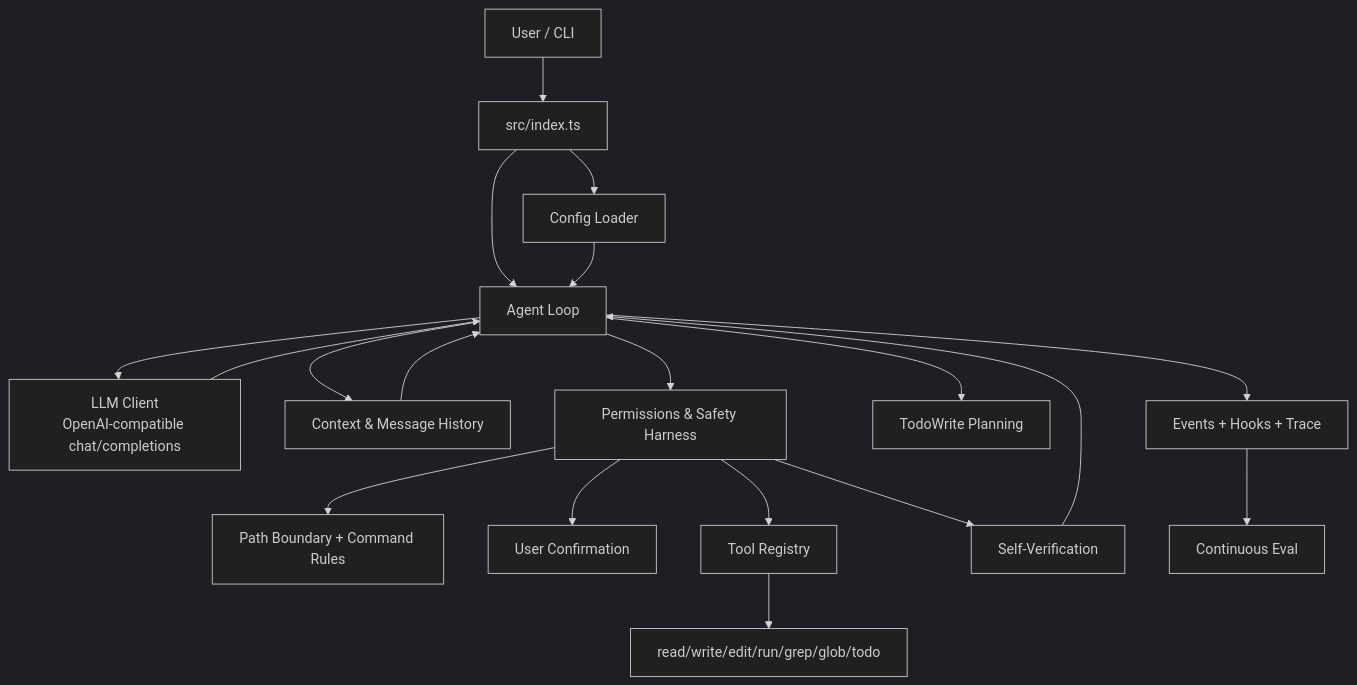
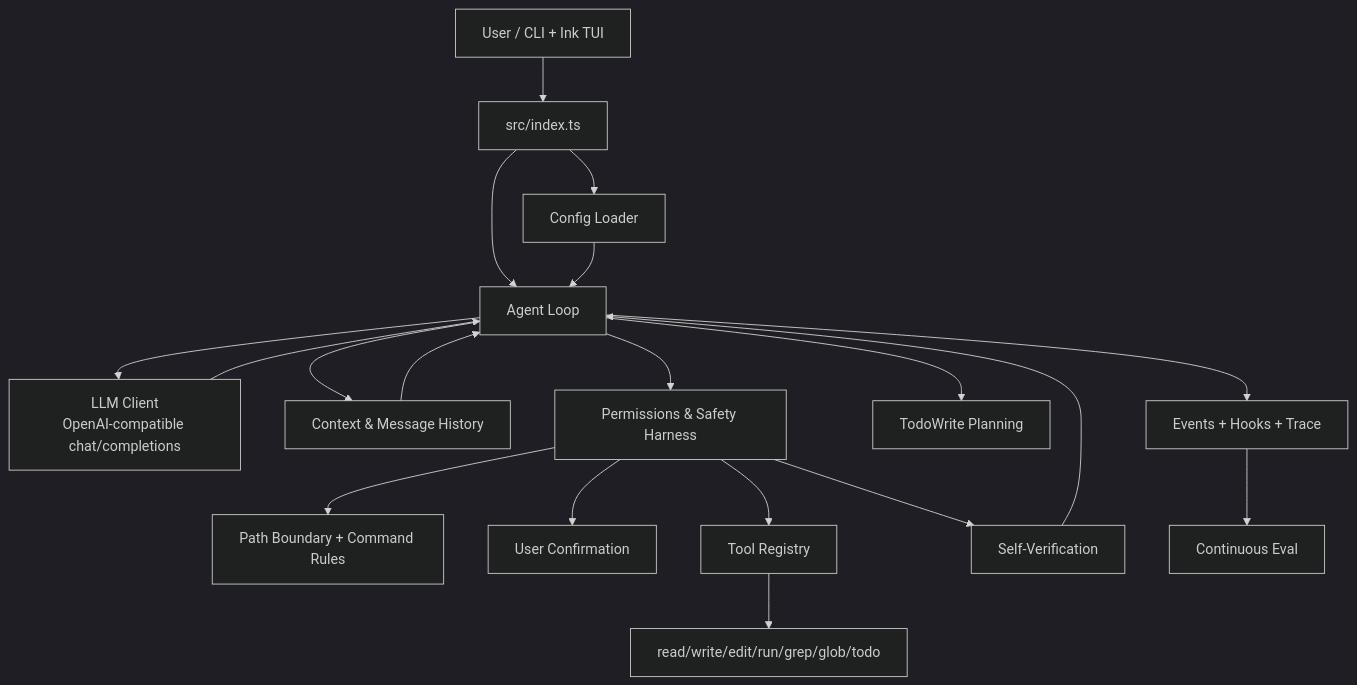
Before and after one commit to xdlrt/luka: the diagram in README.md, drawn with Mermaid (dark theme). The commit also changed other lines of this file and 4 other files, not shown here.

````diff
--- a/README.md
+++ b/README.md
@@ -134,21 +134,21 @@
 ```mermaid
 flowchart TD
-    User[User / CLI] --> CLI[src/index.ts]
+    User[User / CLI + Ink TUI] --> CLI[src/index.ts]
     CLI --> Config[Config Loader]
     CLI --> Loop[Agent Loop]
     Config --> Loop
     Loop --> LLM[LLM Client\nOpenAI-compatible chat/completions]
     LLM --> Loop
     Loop --> History[Context & Message History]
     History --> Loop
     Loop --> Harness[Permissions & Safety Harness]
     Harness --> Rules[Path Boundary + Command Rules]
     Harness --> Permission[User Confirmation]
     Harness --> Registry[Tool Registry]
     Registry --> Tools[read/write/edit/run/grep/glob/todo]
     Harness --> Verification[Self-Verification]
     Verification --> Loop
     Loop --> Planning[TodoWrite Planning]
     Loop --> Observability[Events + Hooks + Trace]
     Observability --> Evals[Continuous Eval]
 ```
````
